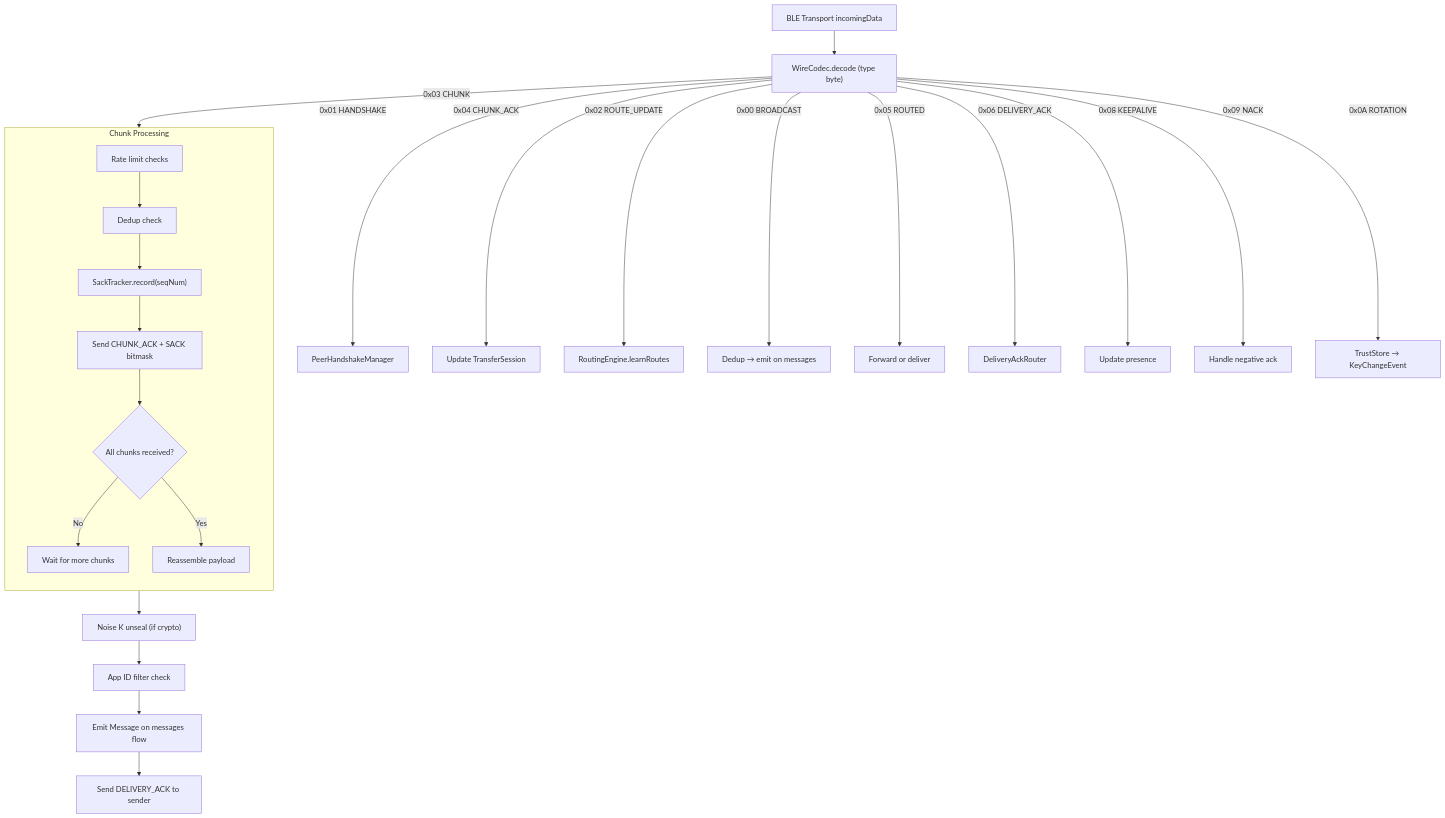
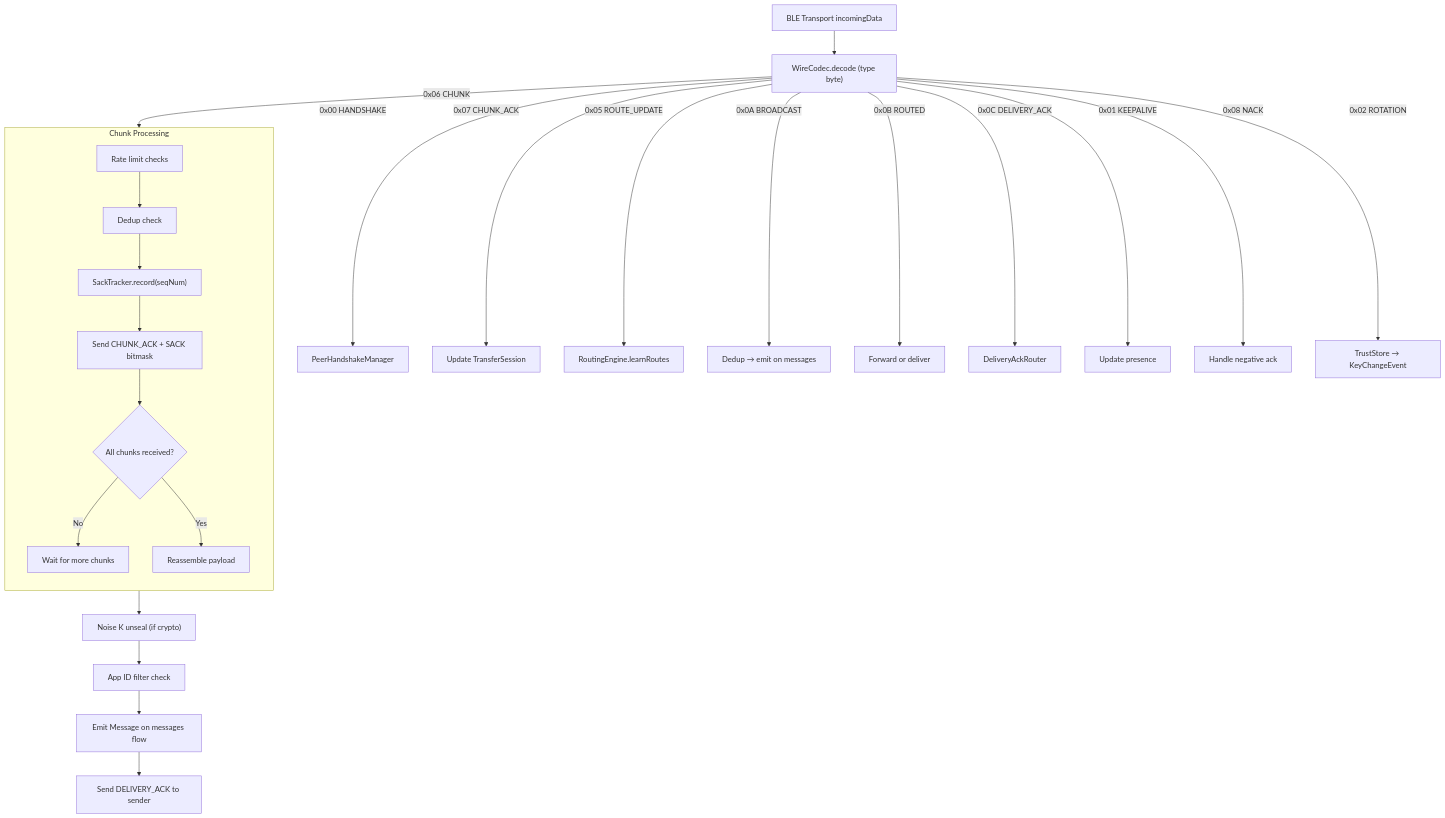
The third of 4 diagrams in docs/architecture.md (trancee/MeshLink), drawn with Mermaid before and after one commit. The commit also changed other lines of this file and 16 other files, not shown here.

````diff
--- a/docs/architecture.md
+++ b/docs/architecture.md
@@ -266,30 +266,30 @@
 ```mermaid
 flowchart TD
     BLE["BLE Transport incomingData"] --> Decode["WireCodec.decode (type byte)"]
 
-    Decode --> |"0x01 HANDSHAKE"| Handshake["PeerHandshakeManager"]
-    Decode --> |"0x03 CHUNK"| ChunkPipeline
-    Decode --> |"0x04 CHUNK_ACK"| AckUpdate["Update TransferSession"]
-    Decode --> |"0x02 ROUTE_UPDATE"| RouteLearn["RoutingEngine.learnRoutes"]
-    Decode --> |"0x00 BROADCAST"| Broadcast["Dedup → emit on messages"]
-    Decode --> |"0x05 ROUTED"| RoutedMsg["Forward or deliver"]
-    Decode --> |"0x06 DELIVERY_ACK"| DelAck["DeliveryAckRouter"]
-    Decode --> |"0x08 KEEPALIVE"| Keepalive["Update presence"]
-    Decode --> |"0x09 NACK"| Nack["Handle negative ack"]
-    Decode --> |"0x0A ROTATION"| Rotation["TrustStore → KeyChangeEvent"]
+    Decode --> |"0x00 HANDSHAKE"| Handshake["PeerHandshakeManager"]
+    Decode --> |"0x06 CHUNK"| ChunkPipeline
+    Decode --> |"0x07 CHUNK_ACK"| AckUpdate["Update TransferSession"]
+    Decode --> |"0x05 ROUTE_UPDATE"| RouteLearn["RoutingEngine.learnRoutes"]
+    Decode --> |"0x0A BROADCAST"| Broadcast["Dedup → emit on messages"]
+    Decode --> |"0x0B ROUTED"| RoutedMsg["Forward or deliver"]
+    Decode --> |"0x0C DELIVERY_ACK"| DelAck["DeliveryAckRouter"]
+    Decode --> |"0x01 KEEPALIVE"| Keepalive["Update presence"]
+    Decode --> |"0x08 NACK"| Nack["Handle negative ack"]
+    Decode --> |"0x02 ROTATION"| Rotation["TrustStore → KeyChangeEvent"]
 
     subgraph ChunkPipeline["Chunk Processing"]
         direction TB
         C1["Rate limit checks"] --> C2["Dedup check"]
         C2 --> C3["SackTracker.record(seqNum)"]
         C3 --> C4["Send CHUNK_ACK + SACK bitmask"]
         C4 --> C5{"All chunks received?"}
         C5 -->|No| Wait["Wait for more chunks"]
         C5 -->|Yes| Reassemble["Reassemble payload"]
     end
 
     Reassemble --> Unseal["Noise K unseal (if crypto)"]
     Unseal --> Filter["App ID filter check"]
     Filter --> Emit["Emit Message on messages flow"]
     Emit --> SendAck["Send DELIVERY_ACK to sender"]
 ```
````
